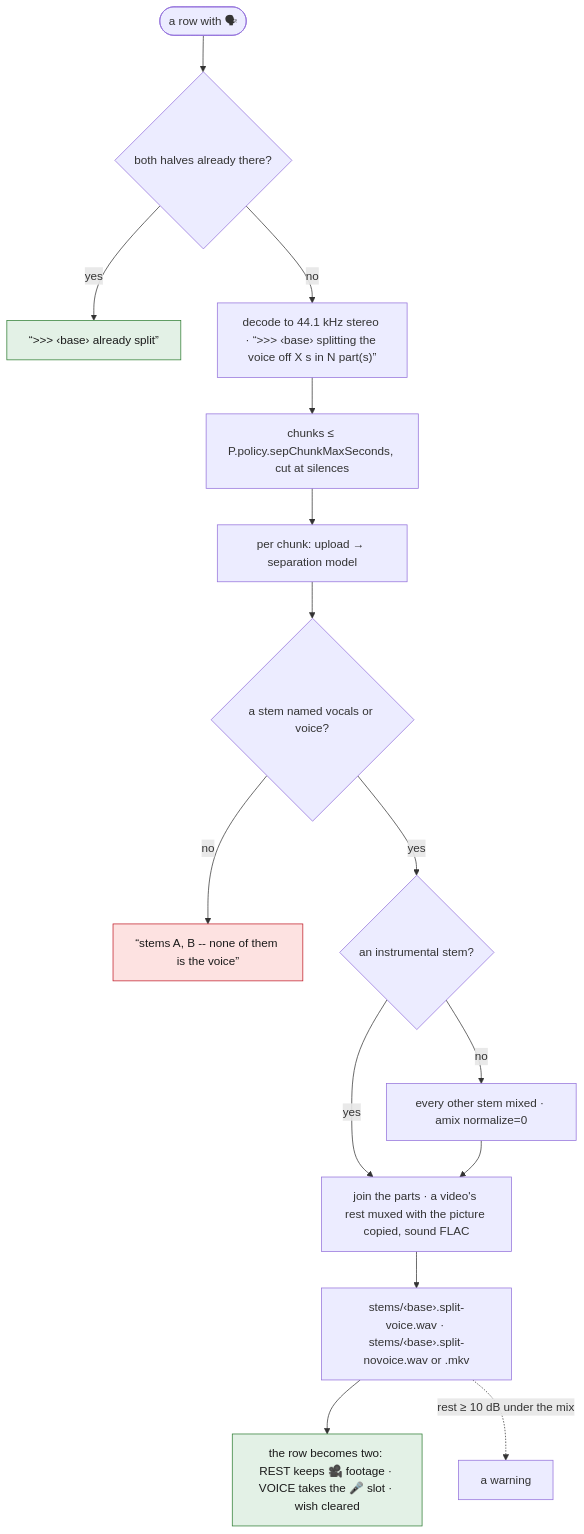
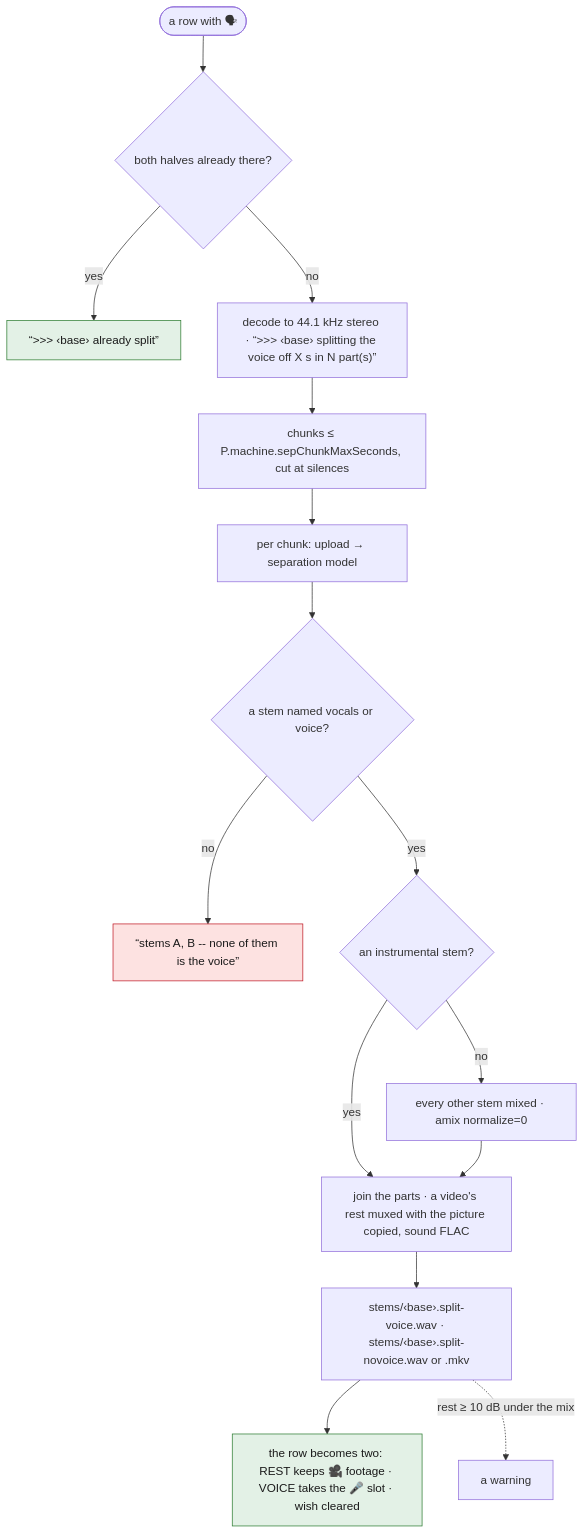
One commit to tbocek/naivepost changed the second of 12 diagrams in spec/04-prepare.md. Above: the diagram before and after it, drawn with Mermaid. The commit also changed other lines of this file and 16 other files, not shown here.

````diff
--- a/spec/04-prepare.md
+++ b/spec/04-prepare.md
@@ -63,20 +63,20 @@
 ```mermaid
 flowchart TD
   A(["a row with 🗣"]) --> H{"both halves already there?"}
   H -- yes --> SK["“>>> ‹base› already split”"]:::done
   H -- no --> DEC["decode to 44.1 kHz stereo · “>>> ‹base› splitting the voice off X s in N part(s)”"]
-  DEC --> CH["chunks ≤ P.policy.sepChunkMaxSeconds, cut at silences"]
+  DEC --> CH["chunks ≤ P.machine.sepChunkMaxSeconds, cut at silences"]
   CH --> RUN["per chunk: upload → separation model"]
   RUN --> V{"a stem named vocals or voice?"}
   V -- no --> R["“stems A, B -- none of them is the voice”"]:::refuse
   V -- yes --> REST{"an instrumental stem?"}
   REST -- yes --> J
   REST -- no --> MIX["every other stem mixed · amix normalize=0"] --> J
   J["join the parts · a video's rest muxed with the picture copied, sound FLAC"]
   J --> W["stems/‹base›.split-voice.wav · stems/‹base›.split-novoice.wav or .mkv"]
   W --> ROWS["the row becomes two: REST keeps 🎥 footage · VOICE takes the 🎤 slot · wish cleared"]:::done
   W -. rest ≥ 10 dB under the mix .-> WARN["a warning"]
   classDef refuse fill:#fde2e1,stroke:#c01c28,color:#1a1a1a
   classDef done fill:#e3f1e6,stroke:#2e7d32,color:#1a1a1a
   classDef ask fill:#e8eefc,stroke:#3a63c8,color:#1a1a1a
 ```
````
